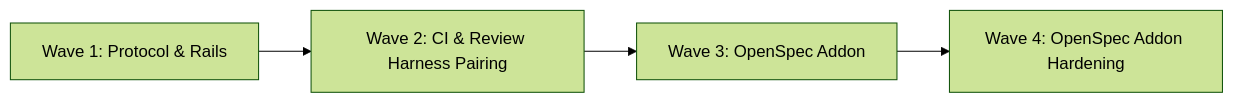
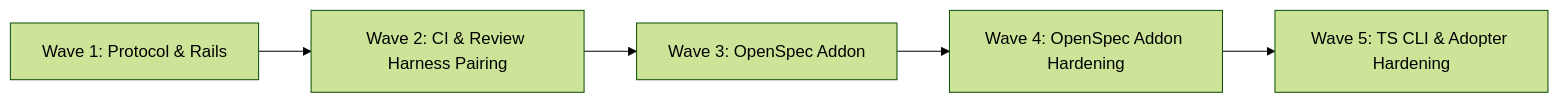
Before and after one commit to mgabs/spec-rails: the diagram in docs/ROADMAP.md, drawn with Mermaid (forest theme). The commit also changed other lines of this file and 22 other files, not shown here.

````diff
--- a/docs/ROADMAP.md
+++ b/docs/ROADMAP.md
@@ -9,4 +9,4 @@
 ```mermaid
 flowchart LR
-    W1[Wave 1: Protocol & Rails] --> W2[Wave 2: CI & Review Harness Pairing] --> W3[Wave 3: OpenSpec Addon] --> W4[Wave 4: OpenSpec Addon Hardening]
+    W1[Wave 1: Protocol & Rails] --> W2[Wave 2: CI & Review Harness Pairing] --> W3[Wave 3: OpenSpec Addon] --> W4[Wave 4: OpenSpec Addon Hardening] --> W5[Wave 5: TS CLI & Adopter Hardening]
 ```
````
